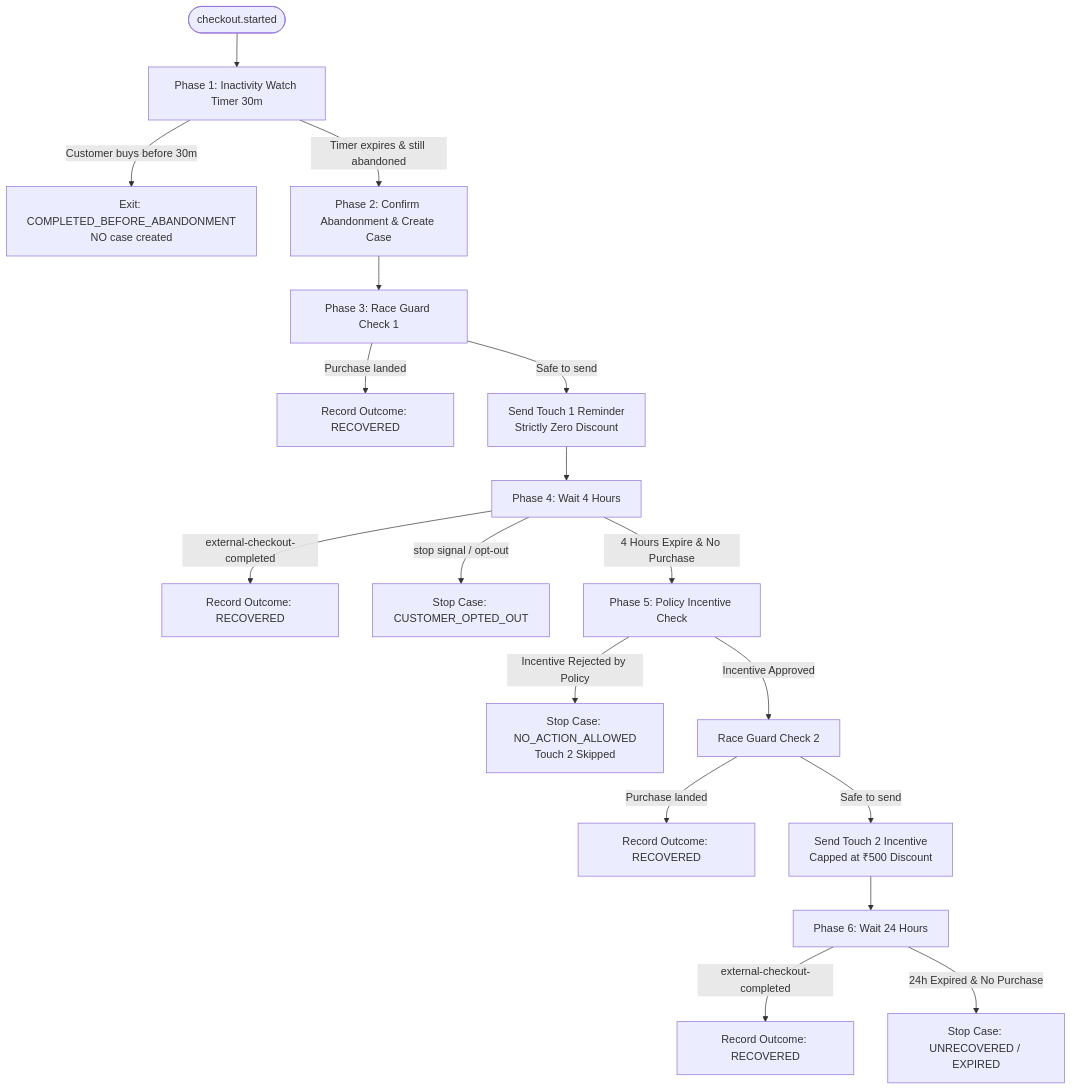
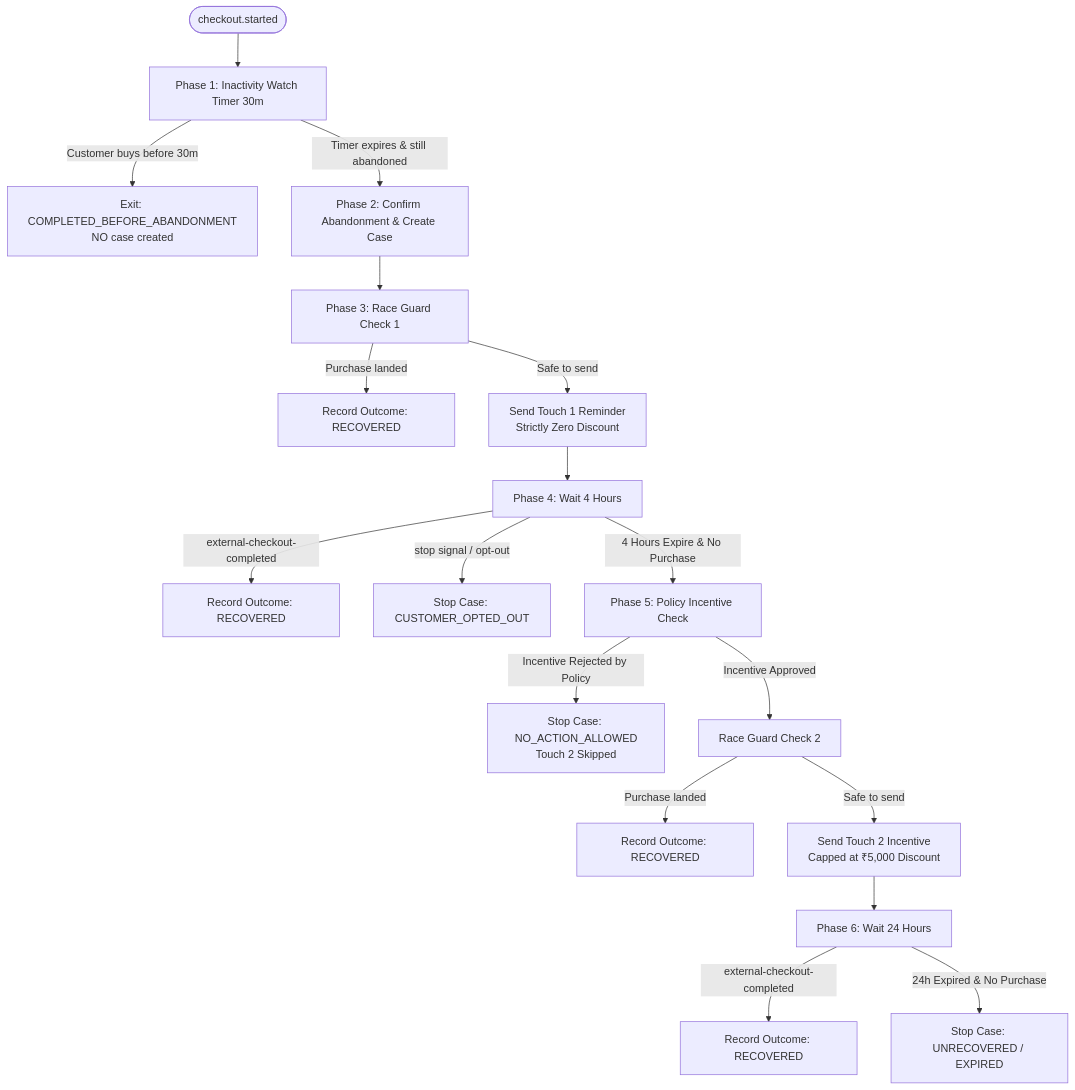
One commit to Ronitdoes/FinPoint changed the diagram in docs/explanation/s-23-explanation.md. Above: the diagram before and after it, drawn with Mermaid. The commit also changed other lines of this file and 276 other files, not shown here.

````diff
--- a/docs/explanation/s-23-explanation.md
+++ b/docs/explanation/s-23-explanation.md
@@ -39,25 +39,25 @@
 ```mermaid
 flowchart TD
     Start([checkout.started]) --> WatchTimer[Phase 1: Inactivity Watch Timer 30m]
     WatchTimer -- Customer buys before 30m --> ExitSilently[Exit: COMPLETED_BEFORE_ABANDONMENT\nNO case created]
     WatchTimer -- Timer expires & still abandoned --> ConfirmAbandonment[Phase 2: Confirm Abandonment & Create Case]
     
     ConfirmAbandonment --> Touch1Guard[Phase 3: Race Guard Check 1]
     Touch1Guard -- Purchase landed --> Rec1[Record Outcome: RECOVERED]
     Touch1Guard -- Safe to send --> Touch1Send[Send Touch 1 Reminder\nStrictly Zero Discount]
     
     Touch1Send --> Wait1[Phase 4: Wait 4 Hours]
     Wait1 -- external-checkout-completed --> Rec2[Record Outcome: RECOVERED]
     Wait1 -- stop signal / opt-out --> Stop1[Stop Case: CUSTOMER_OPTED_OUT]
     Wait1 -- 4 Hours Expire & No Purchase --> CheckPolicy[Phase 5: Policy Incentive Check]
     
     CheckPolicy -- Incentive Rejected by Policy --> Stop2[Stop Case: NO_ACTION_ALLOWED\nTouch 2 Skipped]
     CheckPolicy -- Incentive Approved --> Touch2Guard[Race Guard Check 2]
     
     Touch2Guard -- Purchase landed --> Rec3[Record Outcome: RECOVERED]
-    Touch2Guard -- Safe to send --> Touch2Send[Send Touch 2 Incentive\nCapped at ₹500 Discount]
+    Touch2Guard -- Safe to send --> Touch2Send[Send Touch 2 Incentive\nCapped at ₹5,000 Discount]
     
     Touch2Send --> Wait2[Phase 6: Wait 24 Hours]
     Wait2 -- external-checkout-completed --> Rec4[Record Outcome: RECOVERED]
     Wait2 -- 24h Expired & No Purchase --> Stop3[Stop Case: UNRECOVERED / EXPIRED]
 ```
````
